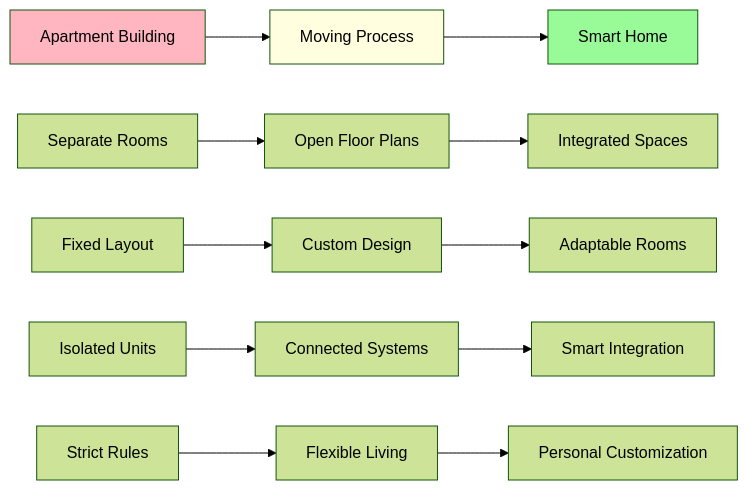
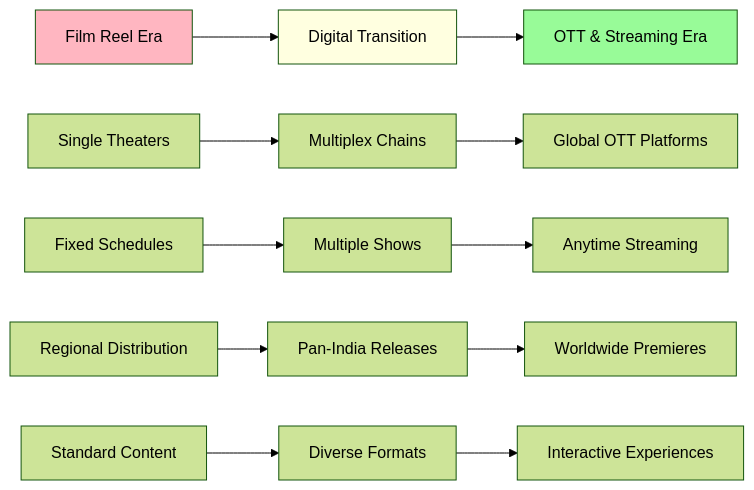
Before and after one commit to viswanathsandu/QuickGuides: diagram 11 of 11 in mongodb-nature-guide.md, drawn with Mermaid (forest theme). The commit also changed other lines of this file, not shown here.

````diff
--- a/mongodb-nature-guide.md
+++ b/mongodb-nature-guide.md
@@ -788,13 +958,13 @@
 ```mermaid
 graph LR
-    A[Apartment Building] --> B[Moving Process] --> C[Smart Home]
+    A[Film Reel Era] --> B[Digital Transition] --> C[OTT & Streaming Era]
     
-    A1[Separate Rooms] --> B1[Open Floor Plans] --> C1[Integrated Spaces]
-    A2[Fixed Layout] --> B2[Custom Design] --> C2[Adaptable Rooms]  
-    A3[Isolated Units] --> B3[Connected Systems] --> C3[Smart Integration]
-    A4[Strict Rules] --> B4[Flexible Living] --> C4[Personal Customization]
+    A1[Single Theaters] --> B1[Multiplex Chains] --> C1[Global OTT Platforms]
+    A2[Fixed Schedules] --> B2[Multiple Shows] --> C2[Anytime Streaming]  
+    A3[Regional Distribution] --> B3[Pan-India Releases] --> C3[Worldwide Premieres]
+    A4[Standard Content] --> B4[Diverse Formats] --> C4[Interactive Experiences]
     
     style A fill:#FFB6C1
     style B fill:#FFFFE0
     style C fill:#98FB98
 ```
````
